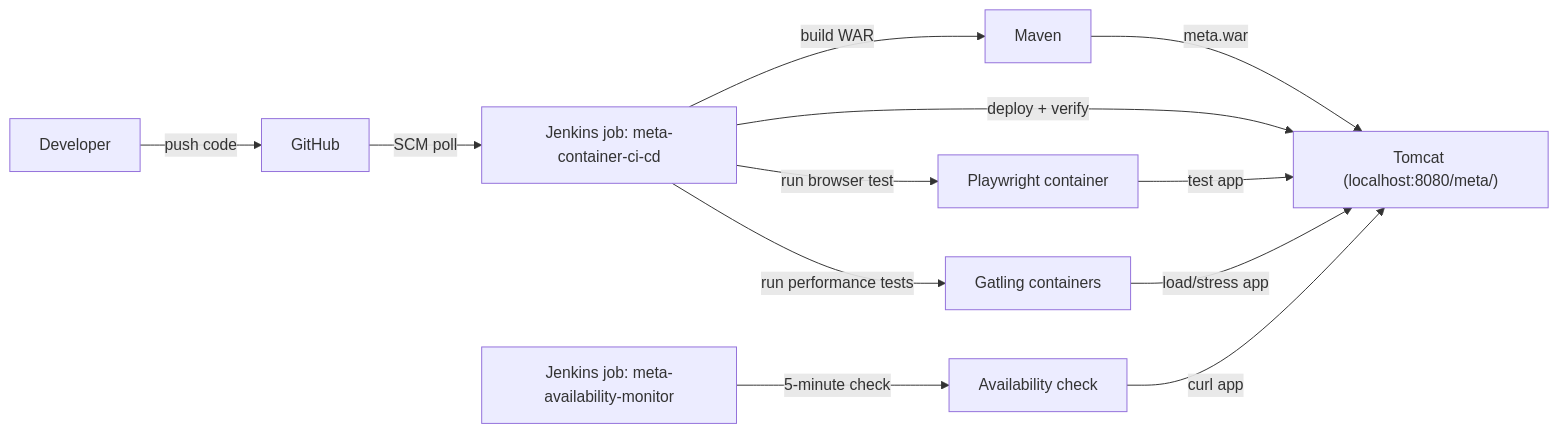
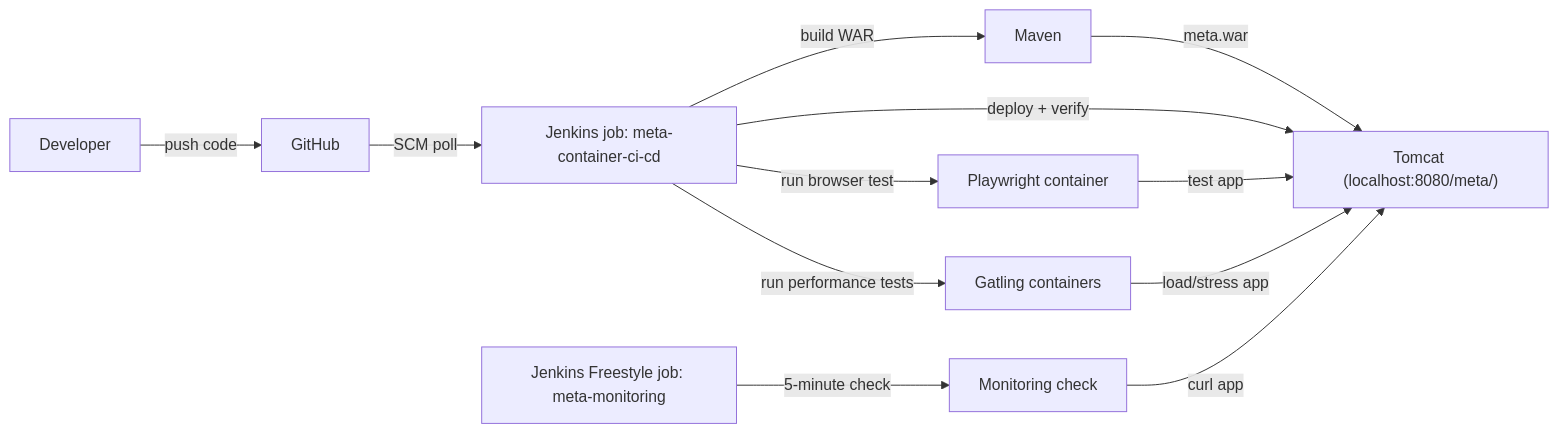
One commit to y0ncha/meta-final-project changed the first of 3 diagrams in docs/architecture.md. Above: the diagram before and after it, drawn with Mermaid. The commit also changed other lines of this file and 22 other files, not shown here.

Commit message:
Switch monitoring to Freestyle job and add Jenkins-safe reports

````diff
--- a/docs/architecture.md
+++ b/docs/architecture.md
@@ -7,14 +7,14 @@
 ```mermaid
 flowchart LR
   Dev["Developer"] -->|push code| GitHub["GitHub"]
   GitHub -->|SCM poll| CICD["Jenkins job: meta-container-ci-cd"]
   CICD -->|build WAR| Maven["Maven"]
   Maven -->|meta.war| Tomcat["Tomcat (localhost:8080/meta/)"]
   CICD -->|deploy + verify| Tomcat
   CICD -->|run browser test| Playwright["Playwright container"]
   Playwright -->|test app| Tomcat
   CICD -->|run performance tests| Gatling["Gatling containers"]
   Gatling -->|load/stress app| Tomcat
-  MonitorJob["Jenkins job: meta-availability-monitor"] -->|5-minute check| Monitor["Availability check"]
+  MonitorJob["Jenkins Freestyle job: meta-monitoring"] -->|5-minute check| Monitor["Monitoring check"]
   Monitor -->|curl app| Tomcat
 ```
````
